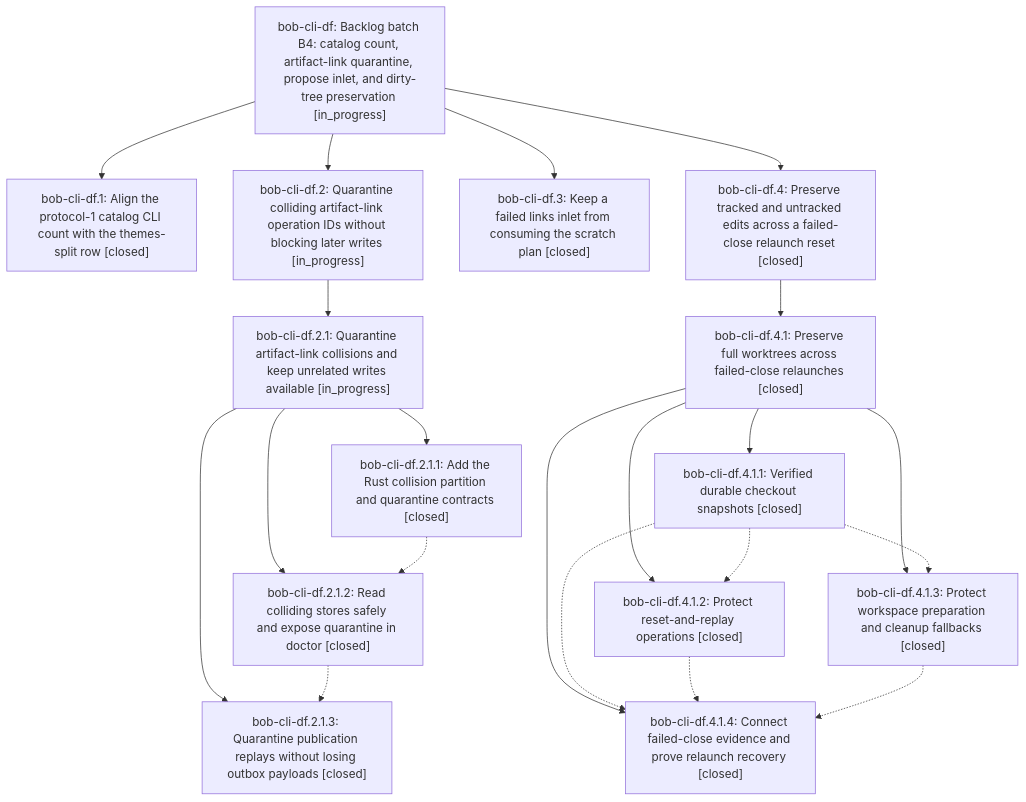
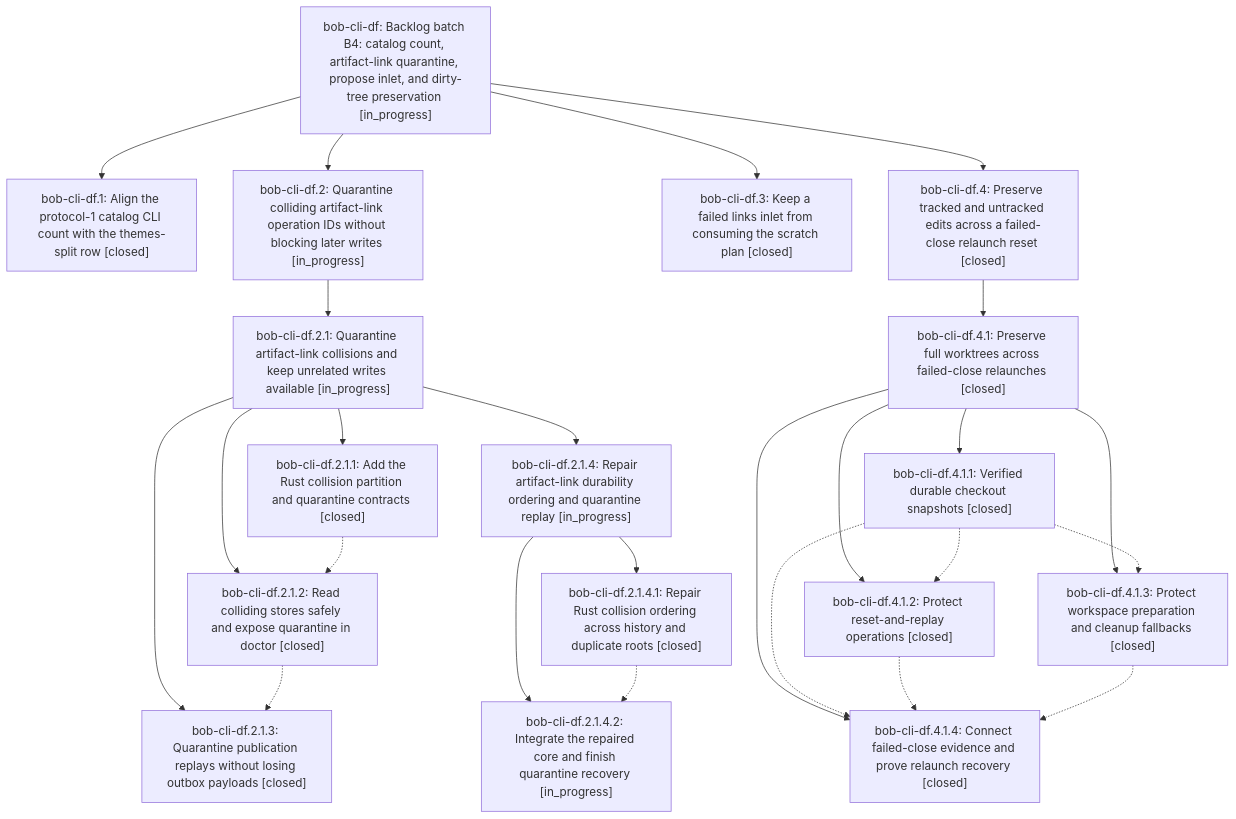
One commit to bobs-org/bob-cli--beads changed the diagram in pages/bob-cli-df/README.md. Above: the diagram before and after it, drawn with Mermaid. The commit also changed other lines of this file and 5 other files, not shown here.

First line of the commit message:
chore(beads): sync bead state and pages for bob-cli-df

````diff
--- a/pages/bob-cli-df/README.md
+++ b/pages/bob-cli-df/README.md
@@ -39,37 +43,44 @@
 ```mermaid
 flowchart TD
     n0["bob-cli-df: Backlog batch B4: catalog count, artifact-link quarantine, propose inlet, and dirty-tree preservation [in_progress]"]
     n1["bob-cli-df.1: Align the protocol-1 catalog CLI count with the themes-split row [closed]"]
     n2["bob-cli-df.2: Quarantine colliding artifact-link operation IDs without blocking later writes [in_progress]"]
     n3["bob-cli-df.2.1: Quarantine artifact-link collisions and keep unrelated writes available [in_progress]"]
     n4["bob-cli-df.2.1.1: Add the Rust collision partition and quarantine contracts [closed]"]
     n5["bob-cli-df.2.1.2: Read colliding stores safely and expose quarantine in doctor [closed]"]
     n6["bob-cli-df.2.1.3: Quarantine publication replays without losing outbox payloads [closed]"]
-    n7["bob-cli-df.3: Keep a failed links inlet from consuming the scratch plan [closed]"]
-    n8["bob-cli-df.4: Preserve tracked and untracked edits across a failed-close relaunch reset [closed]"]
-    n9["bob-cli-df.4.1: Preserve full worktrees across failed-close relaunches [closed]"]
-    n10["bob-cli-df.4.1.1: Verified durable checkout snapshots [closed]"]
-    n11["bob-cli-df.4.1.2: Protect reset-and-replay operations [closed]"]
-    n12["bob-cli-df.4.1.3: Protect workspace preparation and cleanup fallbacks [closed]"]
-    n13["bob-cli-df.4.1.4: Connect failed-close evidence and prove relaunch recovery [closed]"]
+    n7["bob-cli-df.2.1.4: Repair artifact-link durability ordering and quarantine replay [in_progress]"]
+    n8["bob-cli-df.2.1.4.1: Repair Rust collision ordering across history and duplicate roots [closed]"]
+    n9["bob-cli-df.2.1.4.2: Integrate the repaired core and finish quarantine recovery [in_progress]"]
+    n10["bob-cli-df.3: Keep a failed links inlet from consuming the scratch plan [closed]"]
+    n11["bob-cli-df.4: Preserve tracked and untracked edits across a failed-close relaunch reset [closed]"]
+    n12["bob-cli-df.4.1: Preserve full worktrees across failed-close relaunches [closed]"]
+    n13["bob-cli-df.4.1.1: Verified durable checkout snapshots [closed]"]
+    n14["bob-cli-df.4.1.2: Protect reset-and-replay operations [closed]"]
+    n15["bob-cli-df.4.1.3: Protect workspace preparation and cleanup fallbacks [closed]"]
+    n16["bob-cli-df.4.1.4: Connect failed-close evidence and prove relaunch recovery [closed]"]
     n0 --> n1
     n0 --> n2
     n2 --> n3
     n3 --> n4
     n3 --> n5
     n3 --> n6
-    n0 --> n7
-    n0 --> n8
-    n8 --> n9
-    n9 --> n10
-    n9 --> n11
-    n9 --> n12
-    n9 --> n13
+    n3 --> n7
+    n7 --> n8
+    n7 --> n9
+    n0 --> n10
+    n0 --> n11
+    n11 --> n12
+    n12 --> n13
+    n12 --> n14
+    n12 --> n15
+    n12 --> n16
     n4 -.-> n5
     n5 -.-> n6
-    n10 -.-> n11
-    n10 -.-> n12
-    n10 -.-> n13
-    n11 -.-> n13
-    n12 -.-> n13
+    n8 -.-> n9
+    n13 -.-> n14
+    n13 -.-> n15
+    n13 -.-> n16
+    n14 -.-> n16
+    n15 -.-> n16
 ```
````
